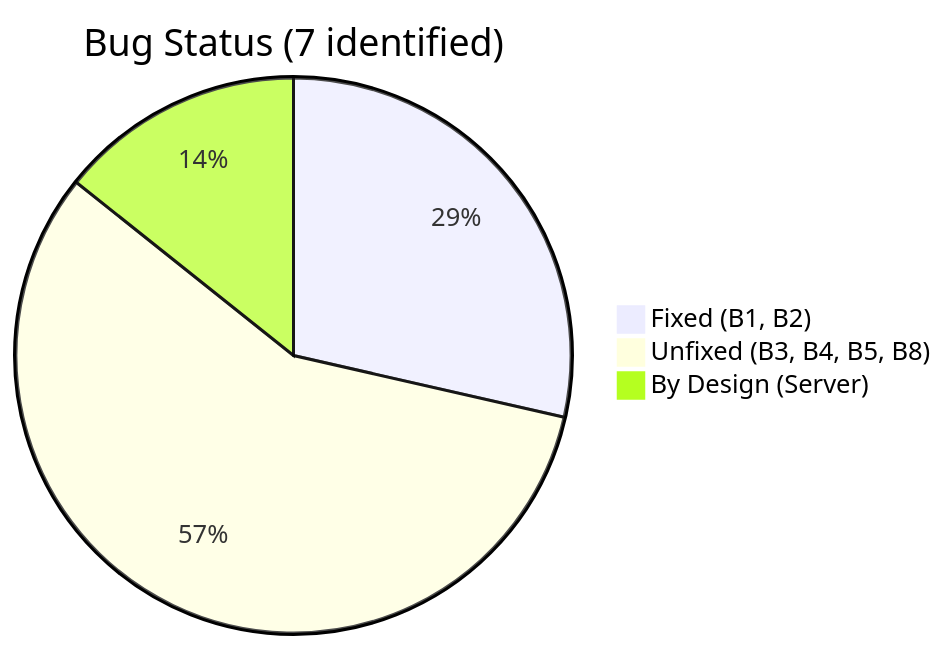
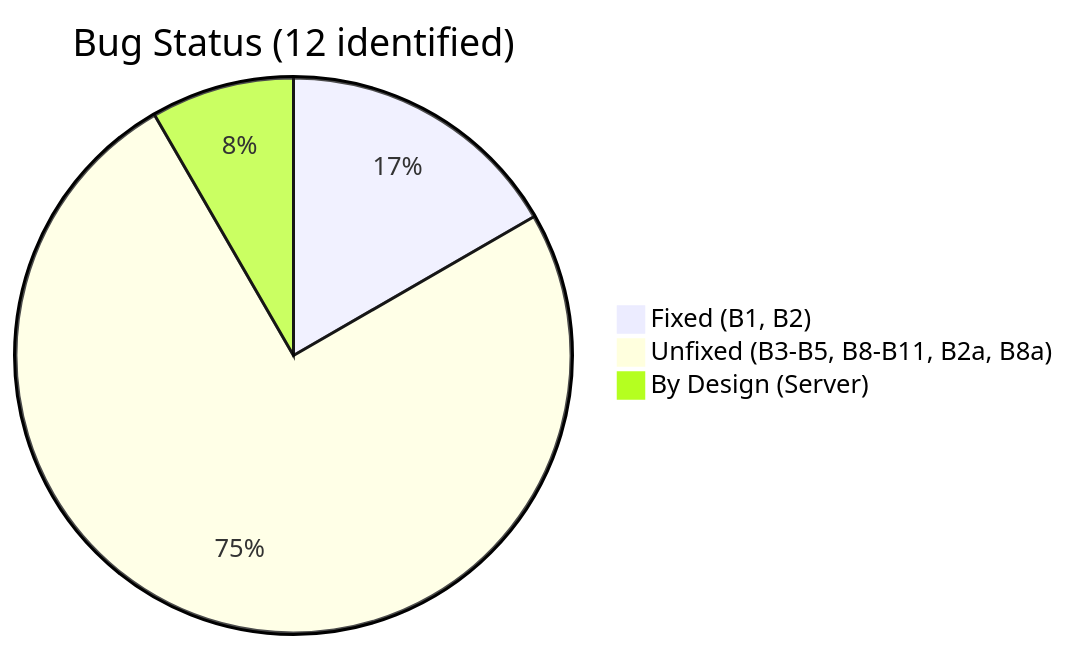
Before and after one commit to ArkNill/claude-code-hidden-problem-analysis: the diagram in README.md, drawn with Mermaid. The commit also changed other lines of this file and 8 other files, not shown here.

````diff
--- a/README.md
+++ b/README.md
@@ -62,6 +62,6 @@
 ```mermaid
-pie title Bug Status (7 identified)
+pie title Bug Status (12 identified)
     "Fixed (B1, B2)" : 2
-    "Unfixed (B3, B4, B5, B8)" : 4
+    "Unfixed (B3-B5, B8-B11, B2a, B8a)" : 9
     "By Design (Server)" : 1
 ```
````
